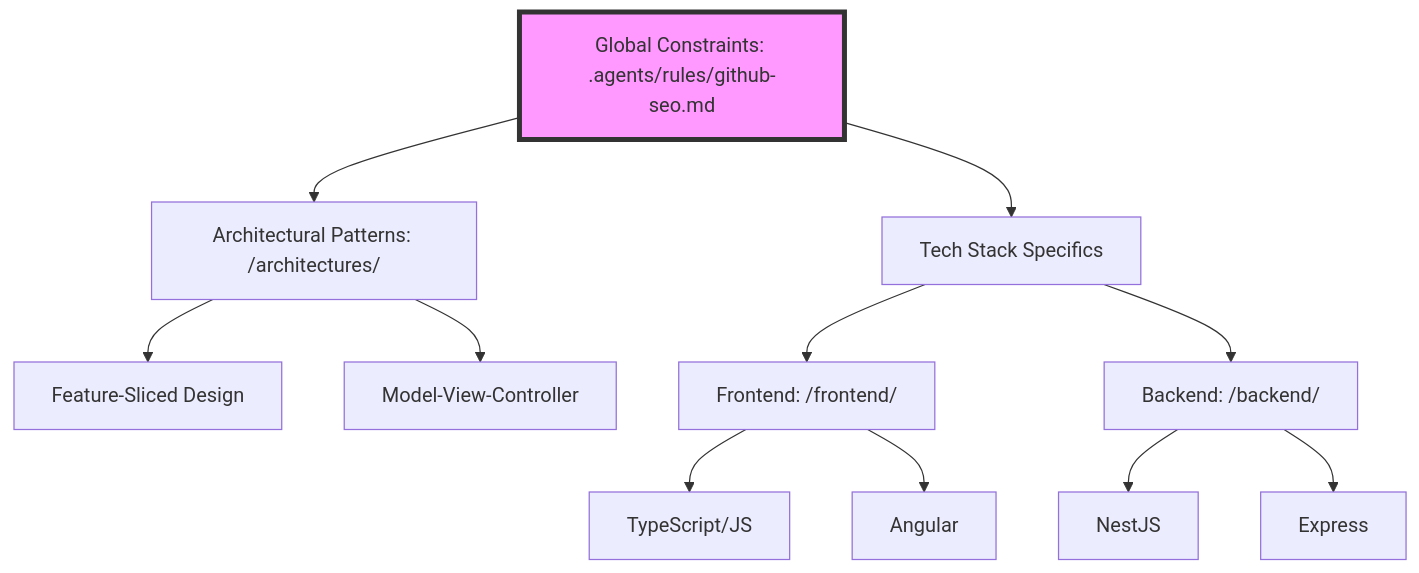
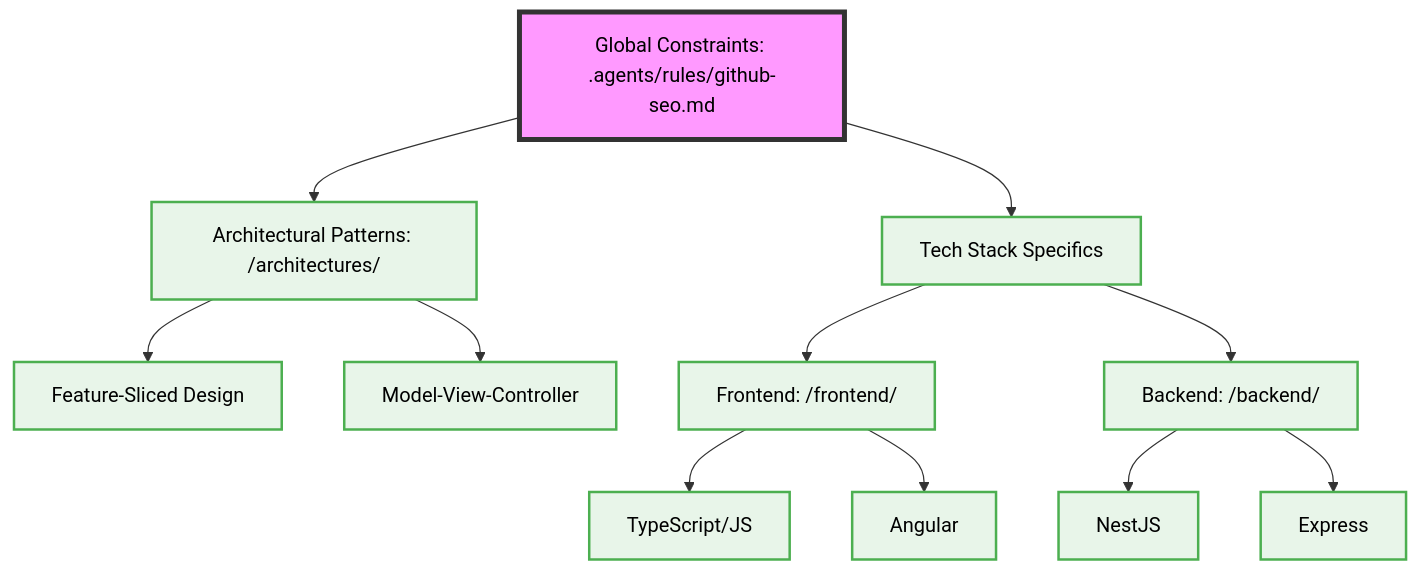
One commit to beginwebdev2002/best-practise changed the diagram in agents.md. Above: the diagram before and after it, drawn with Mermaid. The commit also changed 20 other files, not shown here.

First line of the commit message:
docs: update mermaid diagrams with UI/UX design tokens styling

````diff
--- a/agents.md
+++ b/agents.md
@@ -21,18 +21,34 @@
 ```mermaid
 graph TD
     Global[Global Constraints: .agents/rules/github-seo.md] --> Arch[Architectural Patterns: /architectures/]
     Arch --> FSD[Feature-Sliced Design]
     Arch --> MVC[Model-View-Controller]
     
     Global --> Tech[Tech Stack Specifics]
     Tech --> FE[Frontend: /frontend/]
     Tech --> BE[Backend: /backend/]
     
     FE --> TS[TypeScript/JS]
     FE --> Angular[Angular]
     
     BE --> Nest[NestJS]
     BE --> Express[Express]
 
     style Global fill:#f9f,stroke:#333,stroke-width:4px
+    %% Added Design Token Styles for Mermaid Diagrams
+    classDef default fill:#e1f5fe,stroke:#03a9f4,stroke-width:2px,color:#000;
+    classDef component fill:#e8f5e9,stroke:#4caf50,stroke-width:2px,color:#000;
+    classDef layout fill:#f3e5f5,stroke:#9c27b0,stroke-width:2px,color:#000;
+
+    class BE component;
+    class Tech component;
+    class MVC component;
+    class TS component;
+    class Angular component;
+    class FSD component;
+    class FE component;
+    class Express component;
+    class Arch component;
+    class Nest component;
+
 ```
````
